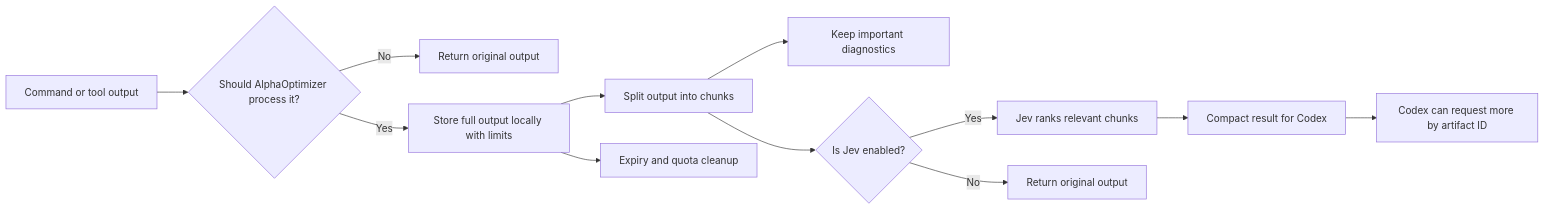
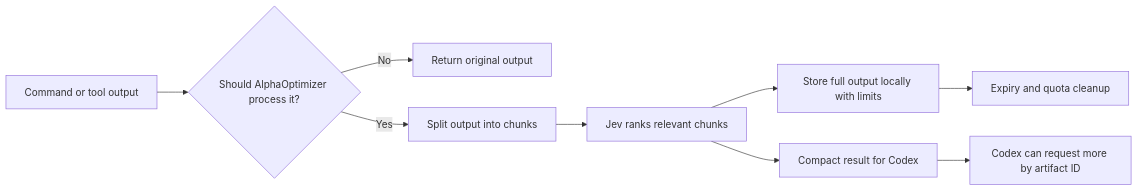
The diagram in README.md (alpha-tales/alphaoptimizer), drawn with Mermaid before and after one commit. The commit also changed other lines of this file, not shown here.

````diff
--- a/README.md
+++ b/README.md
@@ -14,14 +14,11 @@
 ```mermaid
 flowchart LR
   A[Command or tool output] --> B{Should AlphaOptimizer process it?}
   B -- No --> C[Return original output]
-  B -- Yes --> D[Store full output locally with limits]
-  D --> E[Split output into chunks]
-  E --> F[Keep important diagnostics]
-  E --> G{Is Jev enabled?}
-  G -- Yes --> H[Jev ranks relevant chunks]
-  G -- No --> I[Return original output]
+  B -- Yes --> E[Split output into chunks]
+  E --> H[Jev ranks relevant chunks]
+  H --> D[Store full output locally with limits]
   H --> J[Compact result for Codex]
   J --> K[Codex can request more by artifact ID]
   D --> L[Expiry and quota cleanup]
 ```
````
